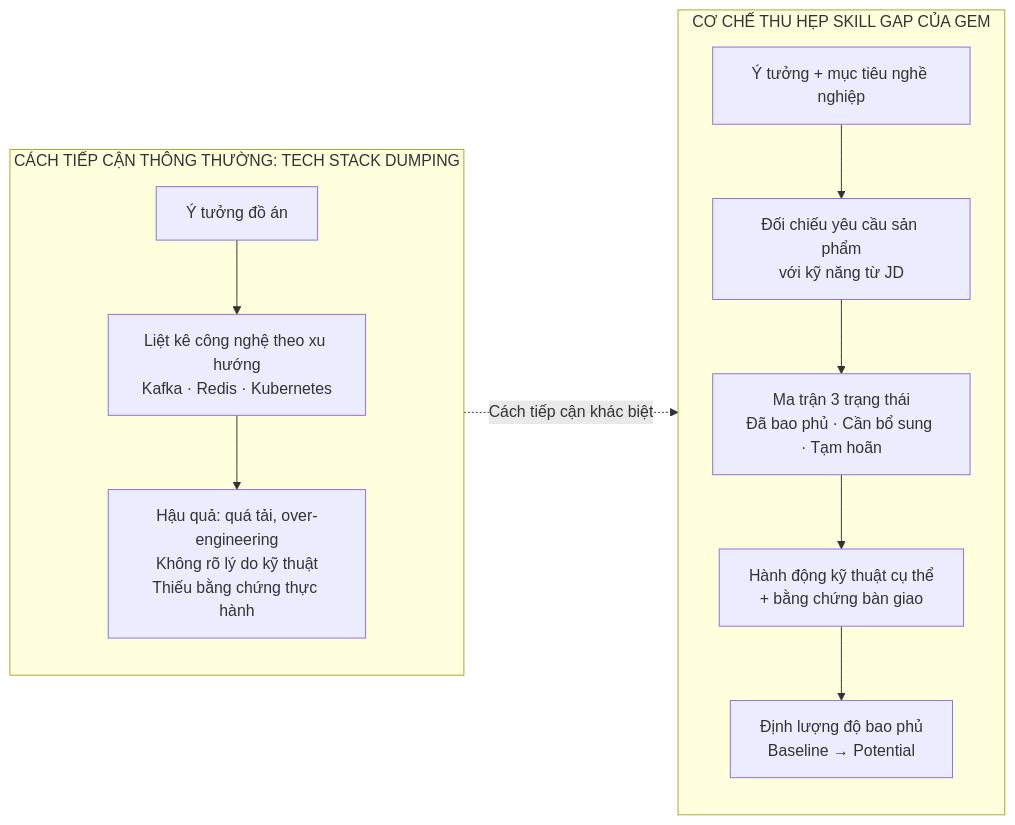
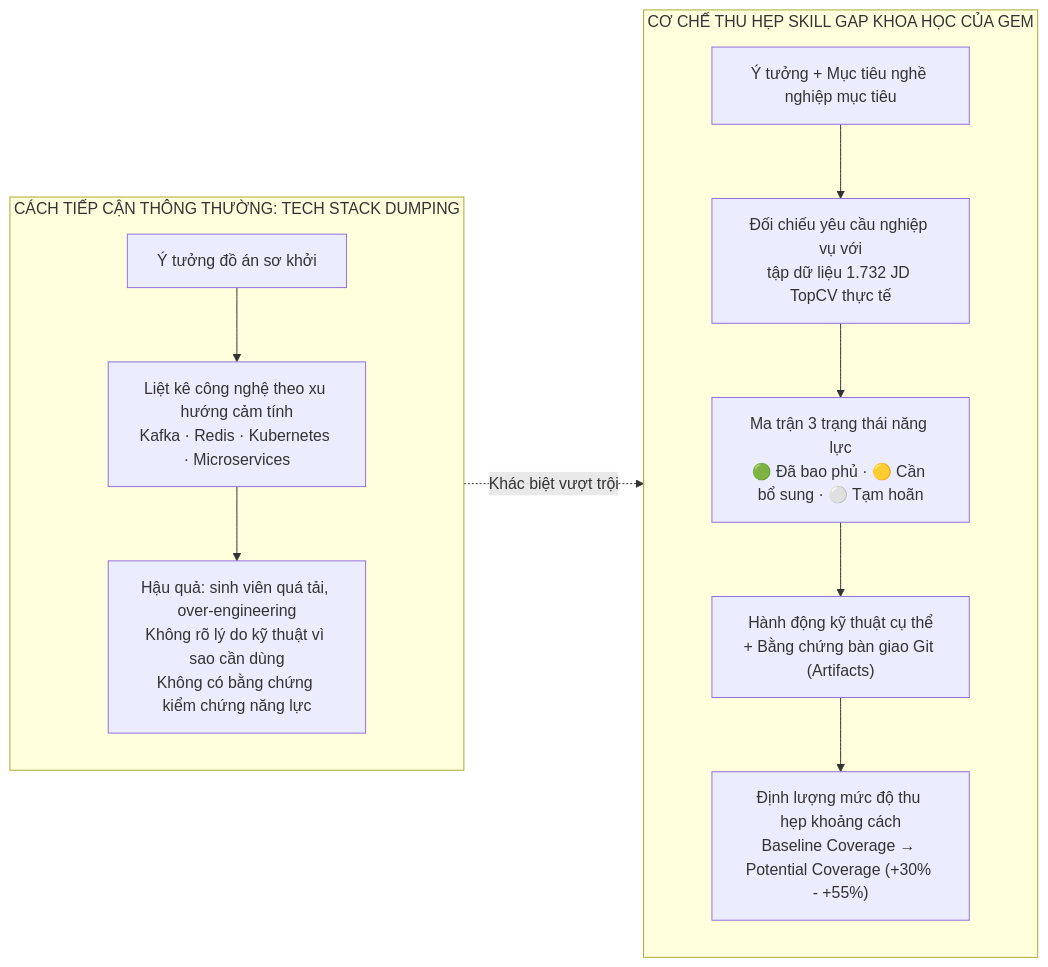
The second of 3 diagrams in README.md (PoemN-1212/AISC26_LUSTRA_GEM), drawn with Mermaid before and after one commit. The commit also changed other lines of this file, not shown here.

````diff
--- a/README.md
+++ b/README.md
@@ -58,22 +124,22 @@
 ```mermaid
 flowchart LR
-    subgraph Traditional["CÁCH TIẾP CẬN THÔNG THƯỜNG: TECH STACK DUMPING"]
+    subgraph Dumping["CÁCH TIẾP CẬN THÔNG THƯỜNG: TECH STACK DUMPING"]
         direction TB
-        T1["Ý tưởng đồ án"]
-        T2["Liệt kê công nghệ theo xu hướng<br/>Kafka · Redis · Kubernetes"]
-        T3["Hậu quả: quá tải, over-engineering<br/>Không rõ lý do kỹ thuật<br/>Thiếu bằng chứng thực hành"]
-        T1 --> T2 --> T3
+        D1["Ý tưởng đồ án sơ khởi"]
+        D2["Liệt kê công nghệ theo xu hướng cảm tính<br/>Kafka · Redis · Kubernetes · Microservices"]
+        D3["Hậu quả: sinh viên quá tải, over-engineering<br/>Không rõ lý do kỹ thuật vì sao cần dùng<br/>Không có bằng chứng kiểm chứng năng lực"]
+        D1 --> D2 --> D3
     end
 
-    subgraph GEM["CƠ CHẾ THU HẸP SKILL GAP CỦA GEM"]
+    subgraph GEM["CƠ CHẾ THU HẸP SKILL GAP KHOA HỌC CỦA GEM"]
         direction TB
-        G1["Ý tưởng + mục tiêu nghề nghiệp"]
-        G2["Đối chiếu yêu cầu sản phẩm<br/>với kỹ năng từ JD"]
-        G3["Ma trận 3 trạng thái<br/>Đã bao phủ · Cần bổ sung · Tạm hoãn"]
-        G4["Hành động kỹ thuật cụ thể<br/>+ bằng chứng bàn giao"]
-        G5["Định lượng độ bao phủ<br/>Baseline → Potential"]
+        G1["Ý tưởng + Mục tiêu nghề nghiệp mục tiêu"]
+        G2["Đối chiếu yêu cầu nghiệp vụ với<br/>tập dữ liệu 1.732 JD TopCV thực tế"]
+        G3["Ma trận 3 trạng thái năng lực<br/>🟢 Đã bao phủ · 🟡 Cần bổ sung · ⚪ Tạm hoãn"]
+        G4["Hành động kỹ thuật cụ thể<br/>+ Bằng chứng bàn giao Git (Artifacts)"]
+        G5["Định lượng mức độ thu hẹp khoảng cách<br/>Baseline Coverage → Potential Coverage (+30% - +55%)"]
         G1 --> G2 --> G3 --> G4 --> G5
     end
 
-    T3 -. "Cách tiếp cận khác biệt" .-> G2
+    Dumping -. "Khác biệt vượt trội" .-> GEM
 ```
````
